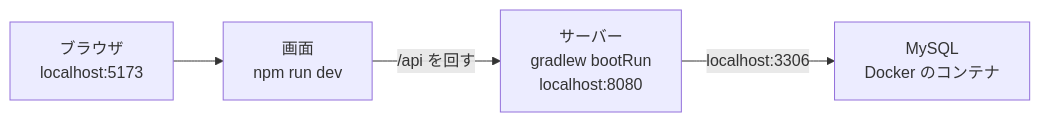
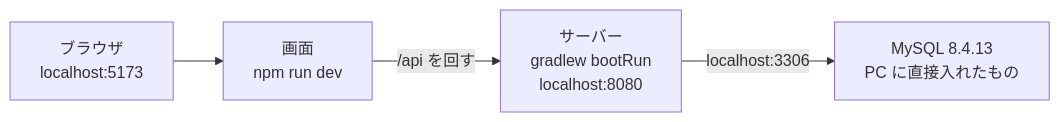
Before and after one commit to sekiyak611/EquipmentManagementSystem_Document: the diagram in internaldesign/はじめての環境構築ガイド.md, drawn with Mermaid. The commit also changed other lines of this file and 8 other files, not shown here.

First line of the commit message:
開発用の MySQL を Docker から PC に直接入れる形に戻す

````diff
--- a/internaldesign/はじめての環境構築ガイド.md
+++ b/internaldesign/はじめての環境構築ガイド.md
@@ -34,6 +33,6 @@
 ```mermaid
 flowchart LR
     B["ブラウザ<br>localhost:5173"] --> C["画面<br>npm run dev"]
     C -- "/api を回す" --> S["サーバー<br>gradlew bootRun<br>localhost:8080"]
-    S -- "localhost:3306" --> M["MySQL<br>Docker のコンテナ"]
+    S -- "localhost:3306" --> M["MySQL 8.4.13<br>PC に直接入れたもの"]
 ```
````
